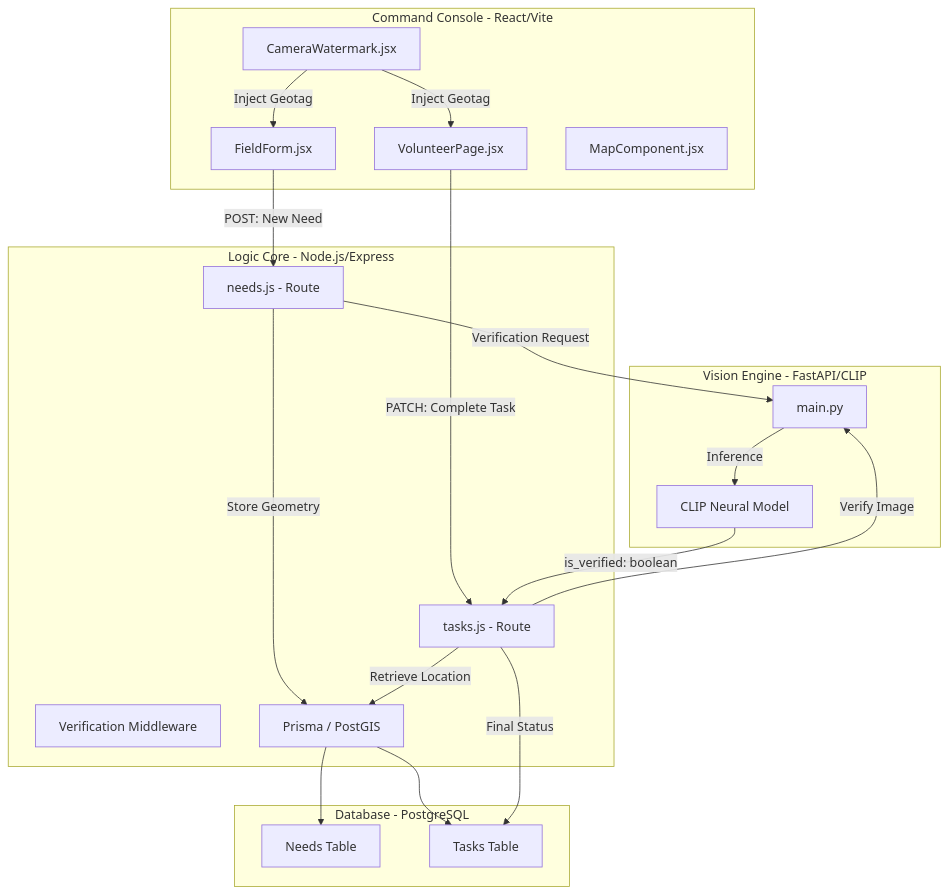
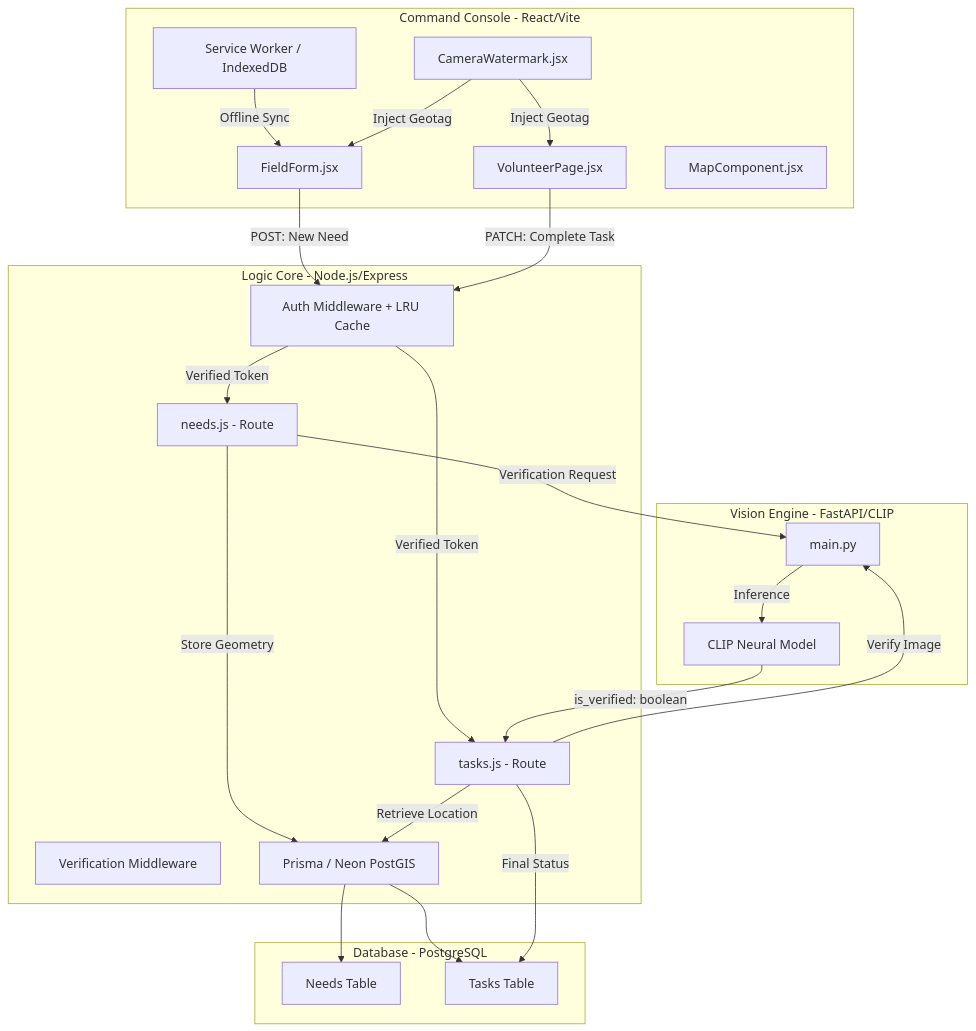
The diagram in README.md (arpan7sarkar/seva-setu), drawn with Mermaid before and after one commit. The commit also changed other lines of this file and 19 other files, not shown here.

````diff
--- a/README.md
+++ b/README.md
@@ -12,46 +37,52 @@
 ```mermaid
 graph TD
     %% Define Nodes
     subgraph Frontend [Command Console - React/Vite]
+        SW[Service Worker / IndexedDB]
         FF[FieldForm.jsx]
         VP[VolunteerPage.jsx]
         CW[CameraWatermark.jsx]
         MAP[MapComponent.jsx]
     end
 
     subgraph Backend [Logic Core - Node.js/Express]
+        AUTH[Auth Middleware + LRU Cache]
         NR[needs.js - Route]
         TR[tasks.js - Route]
         VM[Verification Middleware]
-        PR[Prisma / PostGIS]
+        PR[Prisma / Neon PostGIS]
     end
 
     subgraph AI_Engine [Vision Engine - FastAPI/CLIP]
         MPY[main.py]
         CLIP[CLIP Neural Model]
     end
 
     subgraph Storage [Database - PostgreSQL]
         NT[Needs Table]
         TT[Tasks Table]
     end
 
     %% Connections
-    FF -->|POST: New Need| NR
-    VP -->|PATCH: Complete Task| TR
+    SW -->|Offline Sync| FF
+    FF -->|POST: New Need| AUTH
+    VP -->|PATCH: Complete Task| AUTH
     CW -->|Inject Geotag| FF
     CW -->|Inject Geotag| VP
     
+    AUTH -->|Verified Token| NR
+    AUTH -->|Verified Token| TR
+
     NR -->|Store Geometry| PR
     TR -->|Retrieve Location| PR
     PR --> NT
     PR --> TT
 
     TR -->|Verify Image| MPY
     MPY -->|Inference| CLIP
     CLIP -->|is_verified: boolean| TR
     
     NR -->|Verification Request| MPY
     
     TR -->|Final Status| TT
 ```
````
